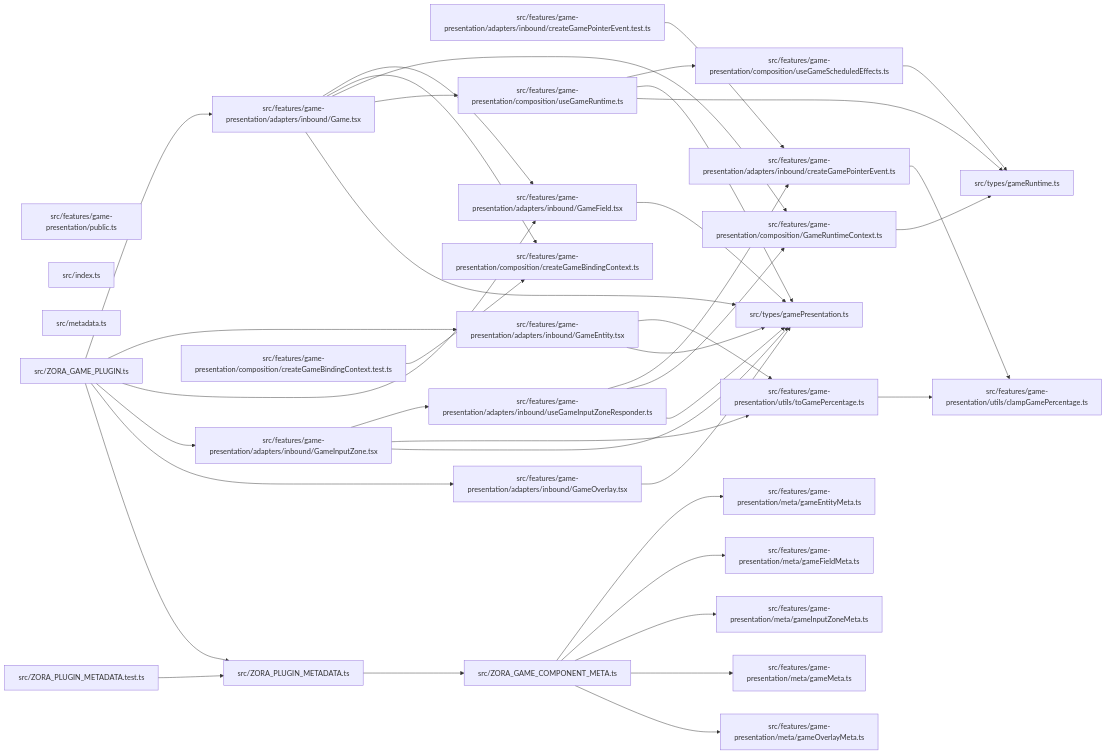
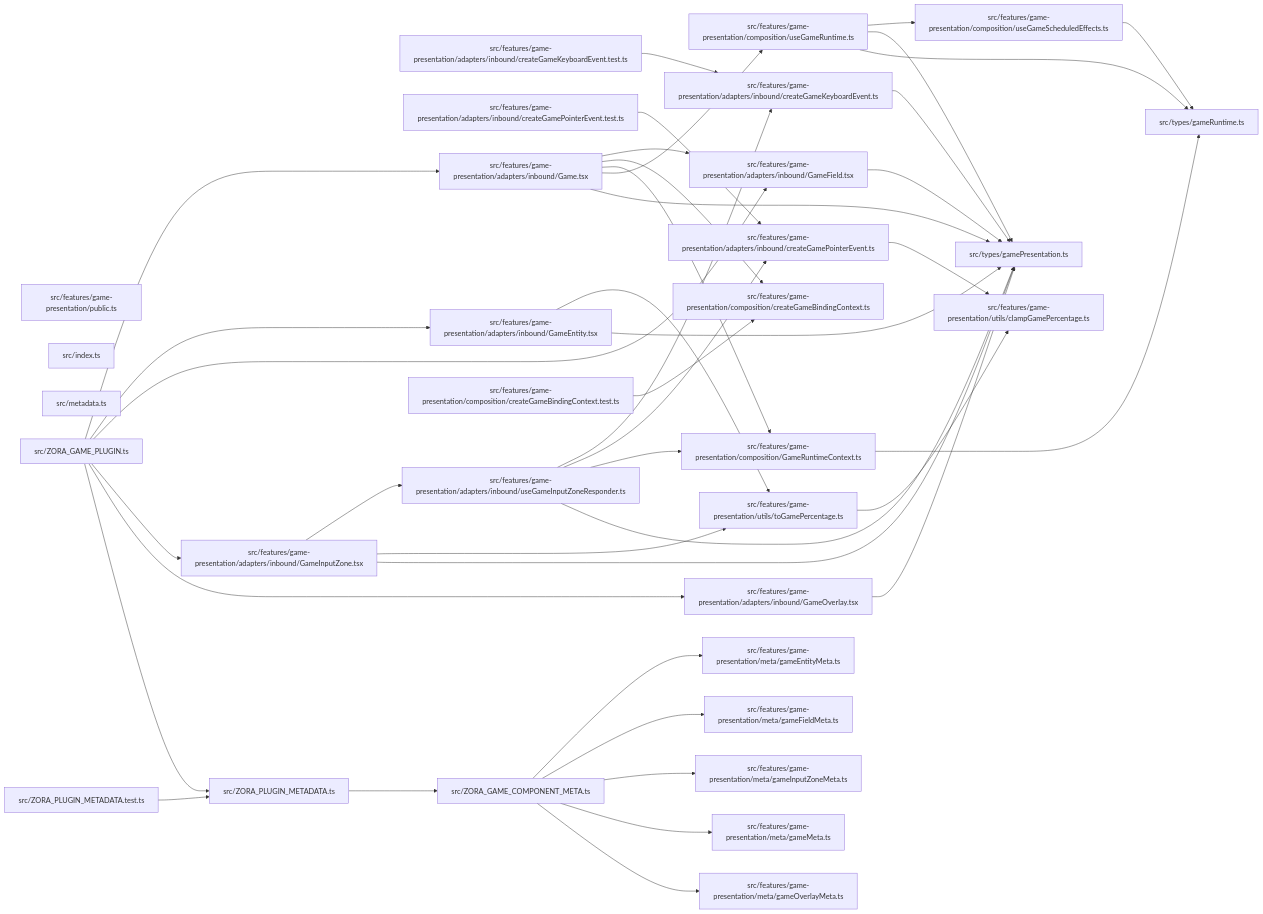
One commit to ankhorage/zora-game changed the diagram in paradox/diagrams/module-relationships.mmd. Above: the diagram before and after it, drawn with Mermaid. The commit also changed 13 other files, not shown here.

```diff
--- a/paradox/diagrams/module-relationships.mmd
+++ b/paradox/diagrams/module-relationships.mmd
@@ -1,67 +1,72 @@
 graph LR
+  module_src_features_game_presentation_adapters_inbound_createGameKeyboardEvent_test_ts["src/features/game-presentation/adapters/inbound/createGameKeyboardEvent.test.ts"]
+  module_src_features_game_presentation_adapters_inbound_createGameKeyboardEvent_ts["src/features/game-presentation/adapters/inbound/createGameKeyboardEvent.ts"]
   module_src_features_game_presentation_adapters_inbound_createGamePointerEvent_test_ts["src/features/game-presentation/adapters/inbound/createGamePointerEvent.test.ts"]
   module_src_features_game_presentation_adapters_inbound_createGamePointerEvent_ts["src/features/game-presentation/adapters/inbound/createGamePointerEvent.ts"]
   module_src_features_game_presentation_adapters_inbound_Game_tsx["src/features/game-presentation/adapters/inbound/Game.tsx"]
   module_src_features_game_presentation_adapters_inbound_GameEntity_tsx["src/features/game-presentation/adapters/inbound/GameEntity.tsx"]
   module_src_features_game_presentation_adapters_inbound_GameField_tsx["src/features/game-presentation/adapters/inbound/GameField.tsx"]
   module_src_features_game_presentation_adapters_inbound_GameInputZone_tsx["src/features/game-presentation/adapters/inbound/GameInputZone.tsx"]
   module_src_features_game_presentation_adapters_inbound_GameOverlay_tsx["src/features/game-presentation/adapters/inbound/GameOverlay.tsx"]
   module_src_features_game_presentation_adapters_inbound_useGameInputZoneResponder_ts["src/features/game-presentation/adapters/inbound/useGameInputZoneResponder.ts"]
   module_src_features_game_presentation_composition_createGameBindingContext_test_ts["src/features/game-presentation/composition/createGameBindingContext.test.ts"]
   module_src_features_game_presentation_composition_createGameBindingContext_ts["src/features/game-presentation/composition/createGameBindingContext.ts"]
   module_src_features_game_presentation_composition_GameRuntimeContext_ts["src/features/game-presentation/composition/GameRuntimeContext.ts"]
   module_src_features_game_presentation_composition_useGameRuntime_ts["src/features/game-presentation/composition/useGameRuntime.ts"]
   module_src_features_game_presentation_composition_useGameScheduledEffects_ts["src/features/game-presentation/composition/useGameScheduledEffects.ts"]
   module_src_features_game_presentation_meta_gameEntityMeta_ts["src/features/game-presentation/meta/gameEntityMeta.ts"]
   module_src_features_game_presentation_meta_gameFieldMeta_ts["src/features/game-presentation/meta/gameFieldMeta.ts"]
   module_src_features_game_presentation_meta_gameInputZoneMeta_ts["src/features/game-presentation/meta/gameInputZoneMeta.ts"]
   module_src_features_game_presentation_meta_gameMeta_ts["src/features/game-presentation/meta/gameMeta.ts"]
   module_src_features_game_presentation_meta_gameOverlayMeta_ts["src/features/game-presentation/meta/gameOverlayMeta.ts"]
   module_src_features_game_presentation_public_ts["src/features/game-presentation/public.ts"]
   module_src_features_game_presentation_utils_clampGamePercentage_ts["src/features/game-presentation/utils/clampGamePercentage.ts"]
   module_src_features_game_presentation_utils_toGamePercentage_ts["src/features/game-presentation/utils/toGamePercentage.ts"]
   module_src_index_ts["src/index.ts"]
   module_src_metadata_ts["src/metadata.ts"]
   module_src_types_gamePresentation_ts["src/types/gamePresentation.ts"]
   module_src_types_gameRuntime_ts["src/types/gameRuntime.ts"]
   module_src_ZORA_GAME_COMPONENT_META_ts["src/ZORA_GAME_COMPONENT_META.ts"]
   module_src_ZORA_GAME_PLUGIN_ts["src/ZORA_GAME_PLUGIN.ts"]
   module_src_ZORA_PLUGIN_METADATA_test_ts["src/ZORA_PLUGIN_METADATA.test.ts"]
   module_src_ZORA_PLUGIN_METADATA_ts["src/ZORA_PLUGIN_METADATA.ts"]
+  module_src_features_game_presentation_adapters_inbound_createGameKeyboardEvent_test_ts --> module_src_features_game_presentation_adapters_inbound_createGameKeyboardEvent_ts
+  module_src_features_game_presentation_adapters_inbound_createGameKeyboardEvent_ts --> module_src_types_gamePresentation_ts
   module_src_features_game_presentation_adapters_inbound_createGamePointerEvent_test_ts --> module_src_features_game_presentation_adapters_inbound_createGamePointerEvent_ts
   module_src_features_game_presentation_adapters_inbound_createGamePointerEvent_ts --> module_src_features_game_presentation_utils_clampGamePercentage_ts
   module_src_features_game_presentation_adapters_inbound_Game_tsx --> module_src_features_game_presentation_adapters_inbound_GameField_tsx
   module_src_features_game_presentation_adapters_inbound_Game_tsx --> module_src_features_game_presentation_composition_createGameBindingContext_ts
   module_src_features_game_presentation_adapters_inbound_Game_tsx --> module_src_features_game_presentation_composition_GameRuntimeContext_ts
   module_src_features_game_presentation_adapters_inbound_Game_tsx --> module_src_features_game_presentation_composition_useGameRuntime_ts
   module_src_features_game_presentation_adapters_inbound_Game_tsx --> module_src_types_gamePresentation_ts
   module_src_features_game_presentation_adapters_inbound_GameEntity_tsx --> module_src_features_game_presentation_utils_toGamePercentage_ts
   module_src_features_game_presentation_adapters_inbound_GameEntity_tsx --> module_src_types_gamePresentation_ts
   module_src_features_game_presentation_adapters_inbound_GameField_tsx --> module_src_types_gamePresentation_ts
   module_src_features_game_presentation_adapters_inbound_GameInputZone_tsx --> module_src_features_game_presentation_adapters_inbound_useGameInputZoneResponder_ts
   module_src_features_game_presentation_adapters_inbound_GameInputZone_tsx --> module_src_features_game_presentation_utils_toGamePercentage_ts
   module_src_features_game_presentation_adapters_inbound_GameInputZone_tsx --> module_src_types_gamePresentation_ts
   module_src_features_game_presentation_adapters_inbound_GameOverlay_tsx --> module_src_types_gamePresentation_ts
+  module_src_features_game_presentation_adapters_inbound_useGameInputZoneResponder_ts --> module_src_features_game_presentation_adapters_inbound_createGameKeyboardEvent_ts
   module_src_features_game_presentation_adapters_inbound_useGameInputZoneResponder_ts --> module_src_features_game_presentation_adapters_inbound_createGamePointerEvent_ts
   module_src_features_game_presentation_adapters_inbound_useGameInputZoneResponder_ts --> module_src_features_game_presentation_composition_GameRuntimeContext_ts
   module_src_features_game_presentation_adapters_inbound_useGameInputZoneResponder_ts --> module_src_types_gamePresentation_ts
   module_src_features_game_presentation_composition_createGameBindingContext_test_ts --> module_src_features_game_presentation_composition_createGameBindingContext_ts
   module_src_features_game_presentation_composition_GameRuntimeContext_ts --> module_src_types_gameRuntime_ts
   module_src_features_game_presentation_composition_useGameRuntime_ts --> module_src_features_game_presentation_composition_useGameScheduledEffects_ts
   module_src_features_game_presentation_composition_useGameRuntime_ts --> module_src_types_gamePresentation_ts
   module_src_features_game_presentation_composition_useGameRuntime_ts --> module_src_types_gameRuntime_ts
   module_src_features_game_presentation_composition_useGameScheduledEffects_ts --> module_src_types_gameRuntime_ts
   module_src_features_game_presentation_utils_toGamePercentage_ts --> module_src_features_game_presentation_utils_clampGamePercentage_ts
   module_src_ZORA_GAME_COMPONENT_META_ts --> module_src_features_game_presentation_meta_gameEntityMeta_ts
   module_src_ZORA_GAME_COMPONENT_META_ts --> module_src_features_game_presentation_meta_gameFieldMeta_ts
   module_src_ZORA_GAME_COMPONENT_META_ts --> module_src_features_game_presentation_meta_gameInputZoneMeta_ts
   module_src_ZORA_GAME_COMPONENT_META_ts --> module_src_features_game_presentation_meta_gameMeta_ts
   module_src_ZORA_GAME_COMPONENT_META_ts --> module_src_features_game_presentation_meta_gameOverlayMeta_ts
   module_src_ZORA_GAME_PLUGIN_ts --> module_src_features_game_presentation_adapters_inbound_Game_tsx
   module_src_ZORA_GAME_PLUGIN_ts --> module_src_features_game_presentation_adapters_inbound_GameEntity_tsx
   module_src_ZORA_GAME_PLUGIN_ts --> module_src_features_game_presentation_adapters_inbound_GameField_tsx
   module_src_ZORA_GAME_PLUGIN_ts --> module_src_features_game_presentation_adapters_inbound_GameInputZone_tsx
   module_src_ZORA_GAME_PLUGIN_ts --> module_src_features_game_presentation_adapters_inbound_GameOverlay_tsx
   module_src_ZORA_GAME_PLUGIN_ts --> module_src_ZORA_PLUGIN_METADATA_ts
   module_src_ZORA_PLUGIN_METADATA_test_ts --> module_src_ZORA_PLUGIN_METADATA_ts
   module_src_ZORA_PLUGIN_METADATA_ts --> module_src_ZORA_GAME_COMPONENT_META_ts
```
